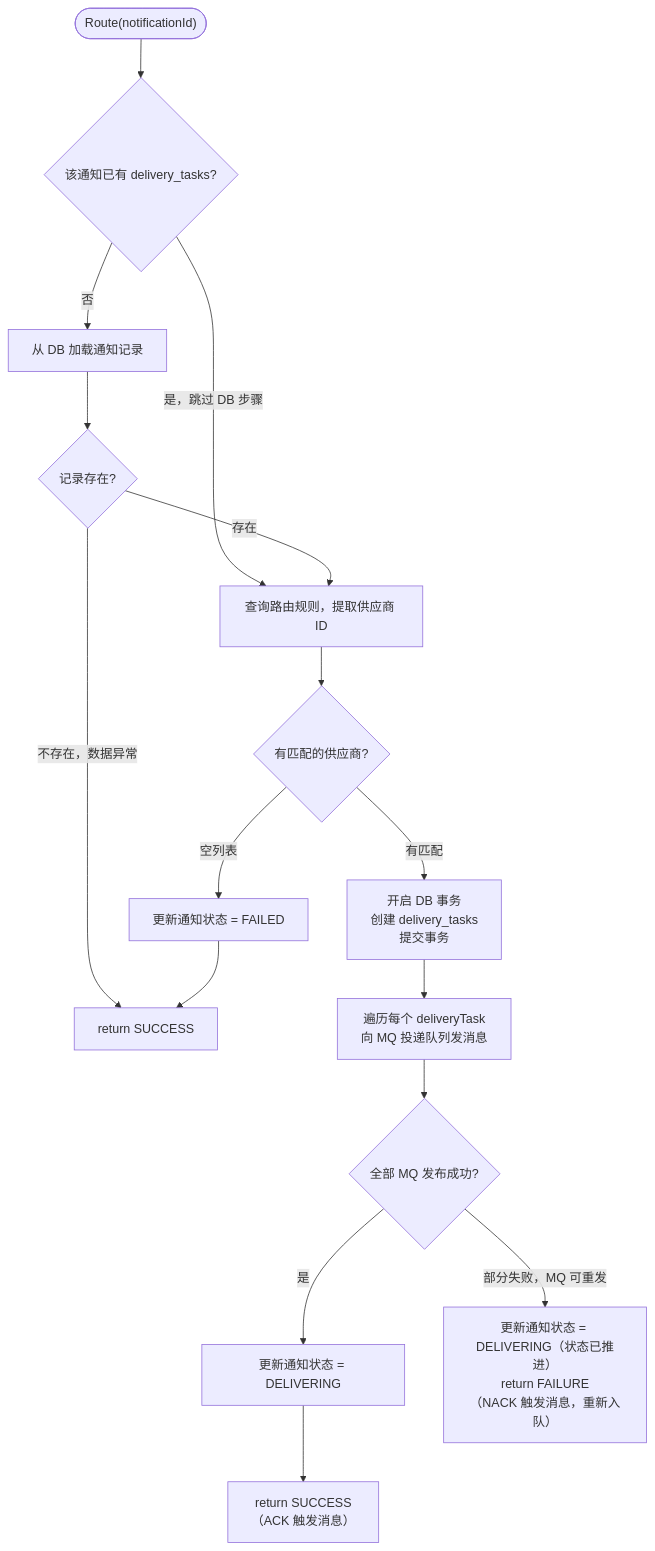
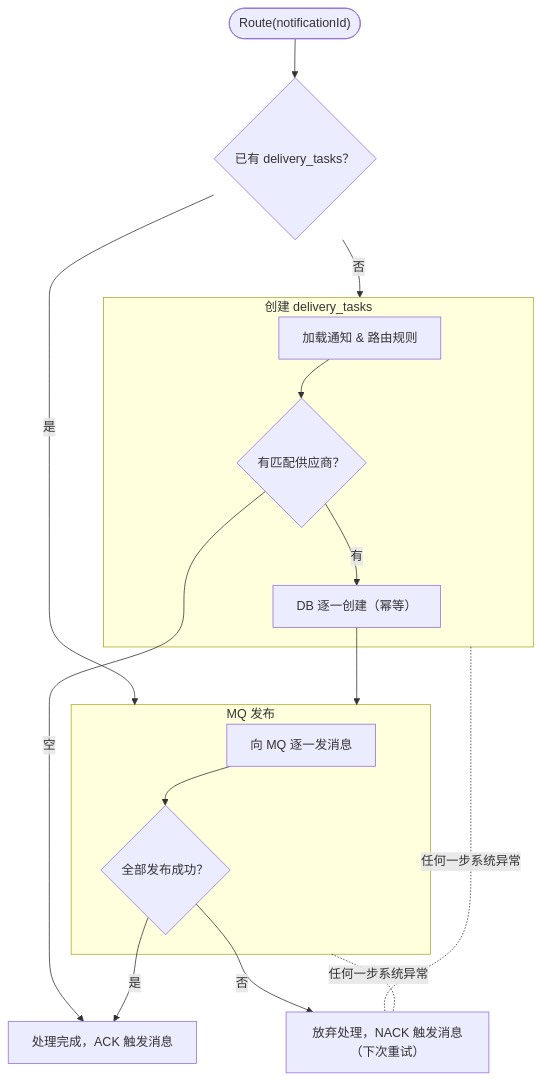
Before and after one commit to xnslong/rc_xnslong: the fifth of 19 diagrams in doc/requirements/202605-notification-design-dd.md, drawn with Mermaid. The commit also changed other lines of this file, not shown here.

Commit message:
docs(dd): 精简 Route 活动图，修正 resolveNode 分派逻辑，完善评审记录
- Route 活动图：9 节点 3 菱形直上直下布局，子图分组
  （创建 delivery_tasks / MQ 发布），两虚线从子图框指向重试
- resolveNode 活动图：精简为直通结构，去掉冗余中间节点
- resolveNode 分派逻辑：先判断  再按  内部分派
- B.1 评审记录哲学修正：文档同时面向理解者和实现者
- B.2 评审记录重写：三个关注点各突出核心矛盾，
  哲学提炼为三条可复用原则

````diff
--- a/doc/requirements/202605-notification-design-dd.md
+++ b/doc/requirements/202605-notification-design-dd.md
@@ -1015,33 +1015,33 @@
 ```mermaid
 flowchart TD
     START(["Route(notificationId)"])
-    IDEMP{"该通知已有 delivery_tasks?"}
-    LOAD["从 DB 加载通知记录"]
-    EXIST{"记录存在?"}
-    ROUTE["查询路由规则，提取供应商 ID"]
-    MATCH{"有匹配的供应商?"}
-    FAILED["更新通知状态 = FAILED"]
-    RET_SUCC0["return SUCCESS"]
-    DB_TX["开启 DB 事务<br>创建 delivery_tasks<br>提交事务"]
-    MQ_LOOP["遍历每个 deliveryTask<br>向 MQ 投递队列发消息"]
-    ALL_OK{"全部 MQ 发布成功?"}
-    UPDATE_OK["更新通知状态 = DELIVERING"]
-    RET_SUCC["return SUCCESS<br>（ACK 触发消息）"]
-    RET_FAIL["更新通知状态 = DELIVERING（状态已推进）<br>return FAILURE<br>（NACK 触发消息，重新入队）"]
+    IDEMP{"已有 delivery_tasks？"}
+
+    subgraph CREATE_TASKS["创建 delivery_tasks"]
+        LOAD["加载通知 & 路由规则"]
+        VENDOR{"有匹配供应商？"}
+        CREATE["DB 逐一创建（幂等）"]
+    end
+
+    subgraph PUB["MQ 发布"]
+        PUBLISH["向 MQ 逐一发消息"]
+        ALL_OK{"全部发布成功？"}
+    end
+
+    DONE["处理完成，ACK 触发消息"]
+    RETRY["放弃处理，NACK 触发消息（下次重试）"]
 
     START --> IDEMP
-    IDEMP -->|"是，跳过 DB 步骤"| ROUTE
-    IDEMP -->|"否"| LOAD
-    LOAD --> EXIST
-    EXIST -->|"不存在，数据异常"| RET_SUCC0
-    EXIST -->|"存在"| ROUTE
-    ROUTE --> MATCH
-    MATCH -->|"空列表"| FAILED
-    FAILED --> RET_SUCC0
-    MATCH -->|"有匹配"| DB_TX
-    DB_TX --> MQ_LOOP
-    MQ_LOOP --> ALL_OK
-    ALL_OK -->|"是"| UPDATE_OK
-    UPDATE_OK --> RET_SUCC
-    ALL_OK -->|"部分失败，MQ 可重发"| RET_FAIL
+    IDEMP -- "是" --> PUB
+    IDEMP -- "否" --> CREATE_TASKS
+    LOAD --> VENDOR
+    VENDOR -- "空" --> DONE
+    VENDOR -- "有" --> CREATE
+    CREATE --> PUB
+    PUBLISH --> ALL_OK
+    ALL_OK -- "是" --> DONE
+    ALL_OK -- "否" --> RETRY
+
+    CREATE_TASKS -.-|"任何一步系统异常"| RETRY
+    PUB -.-|"任何一步系统异常"| RETRY
 ```
````
